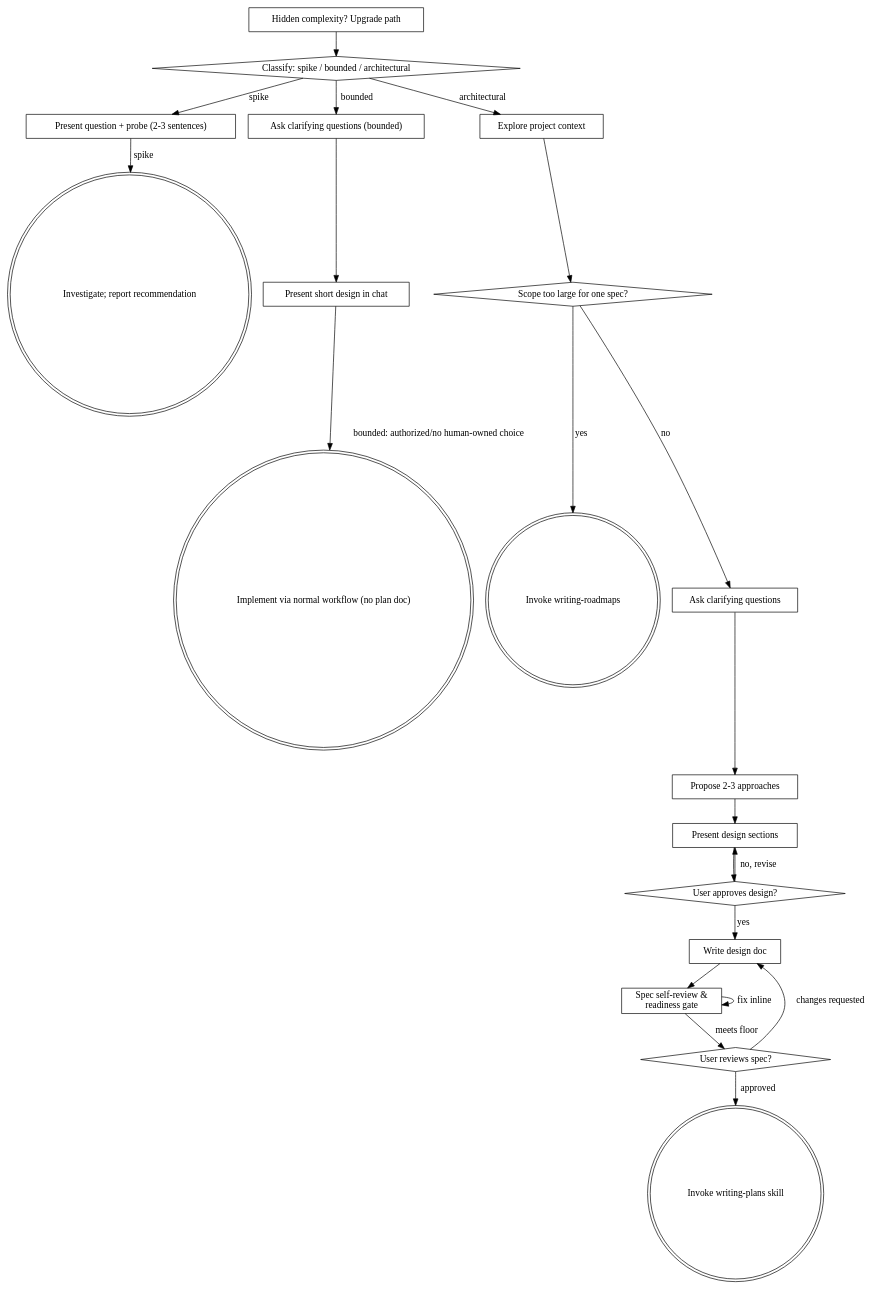
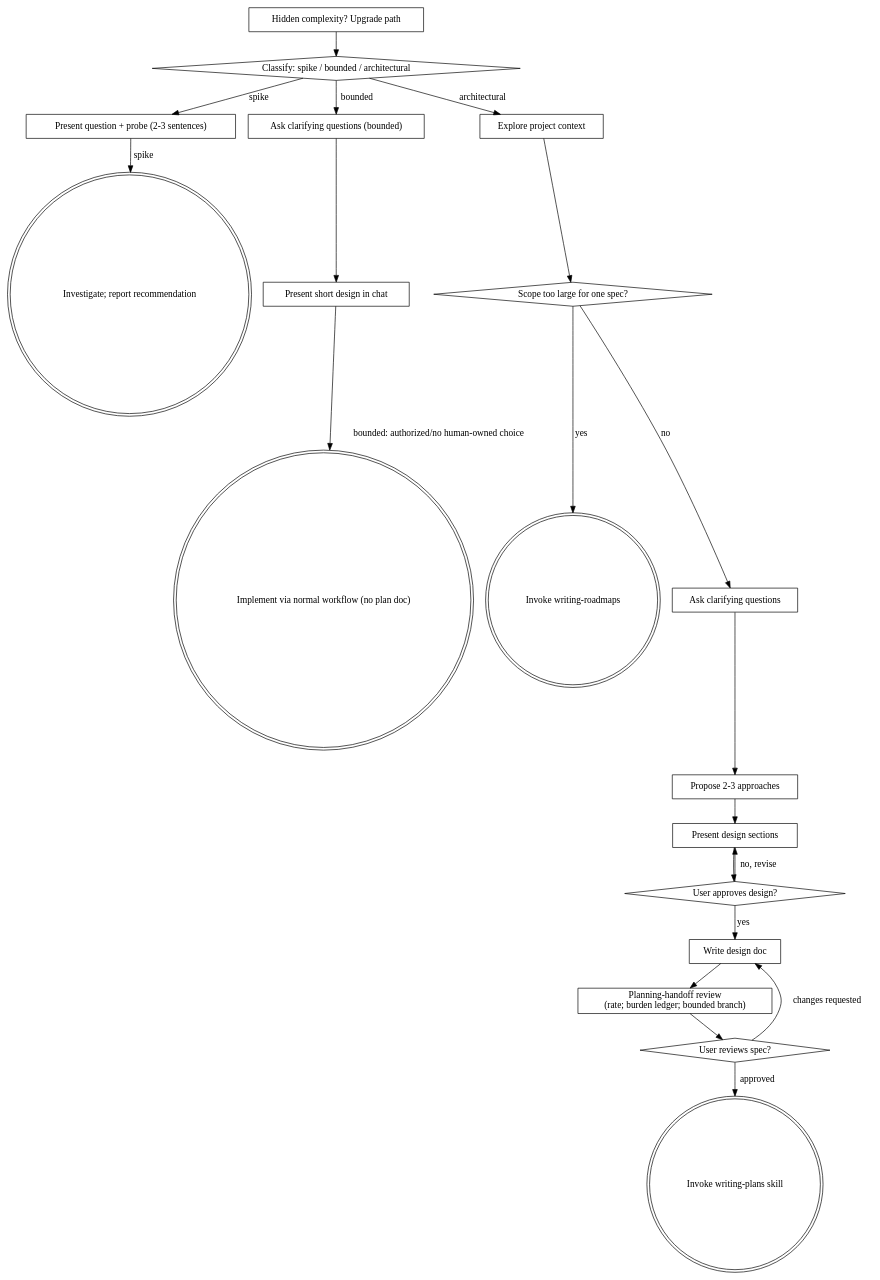
Before and after one commit to HarleyBartles/wild-bunch: the diagram in .agents/skills/brainstorming/SKILL.md, drawn with Graphviz. The commit also changed other lines of this file and 686 other files, not shown here.

````diff
--- a/.agents/skills/brainstorming/SKILL.md
+++ b/.agents/skills/brainstorming/SKILL.md
@@ -142,44 +118,43 @@
 ```dot
 digraph brainstorming {
     "Classify: spike / bounded / architectural" [shape=diamond];
     "Present question + probe (2-3 sentences)" [shape=box];
     "Ask clarifying questions (bounded)" [shape=box];
     "Present short design in chat" [shape=box];
     "Investigate; report recommendation" [shape=doublecircle];
     "Implement via normal workflow (no plan doc)" [shape=doublecircle];
     "Explore project context" [shape=box];
     "Scope too large for one spec?" [shape=diamond];
     "Invoke writing-roadmaps" [shape=doublecircle];
     "Ask clarifying questions" [shape=box];
     "Propose 2-3 approaches" [shape=box];
     "Present design sections" [shape=box];
     "User approves design?" [shape=diamond];
     "Write design doc" [shape=box];
-    "Spec self-review &\nreadiness gate" [shape=box];
+    "Planning-handoff review\n(rate; burden ledger; bounded branch)" [shape=box];
     "User reviews spec?" [shape=diamond];
     "Invoke writing-plans skill" [shape=doublecircle];
     "Hidden complexity? Upgrade path" [shape=box];
 
     "Classify: spike / bounded / architectural" -> "Present question + probe (2-3 sentences)" [label="spike"];
     "Classify: spike / bounded / architectural" -> "Ask clarifying questions (bounded)" [label="bounded"];
     "Classify: spike / bounded / architectural" -> "Explore project context" [label="architectural"];
     "Ask clarifying questions (bounded)" -> "Present short design in chat";
     "Present question + probe (2-3 sentences)" -> "Investigate; report recommendation" [label="spike"];
     "Present short design in chat" -> "Implement via normal workflow (no plan doc)" [label="bounded: authorized/no human-owned choice"];
     "Hidden complexity? Upgrade path" -> "Classify: spike / bounded / architectural";
 
     "Explore project context" -> "Scope too large for one spec?";
     "Scope too large for one spec?" -> "Invoke writing-roadmaps" [label="yes"];
     "Scope too large for one spec?" -> "Ask clarifying questions" [label="no"];
     "Ask clarifying questions" -> "Propose 2-3 approaches";
     "Propose 2-3 approaches" -> "Present design sections";
     "Present design sections" -> "User approves design?";
     "User approves design?" -> "Present design sections" [label="no, revise"];
     "User approves design?" -> "Write design doc" [label="yes"];
-    "Write design doc" -> "Spec self-review &\nreadiness gate";
-    "Spec self-review &\nreadiness gate" -> "Spec self-review &\nreadiness gate" [label="fix inline"];
-    "Spec self-review &\nreadiness gate" -> "User reviews spec?" [label="meets floor"];
+    "Write design doc" -> "Planning-handoff review\n(rate; burden ledger; bounded branch)";
+    "Planning-handoff review\n(rate; burden ledger; bounded branch)" -> "User reviews spec?";
     "User reviews spec?" -> "Write design doc" [label="changes requested"];
     "User reviews spec?" -> "Invoke writing-plans skill" [label="approved"];
 }
 ```
````
